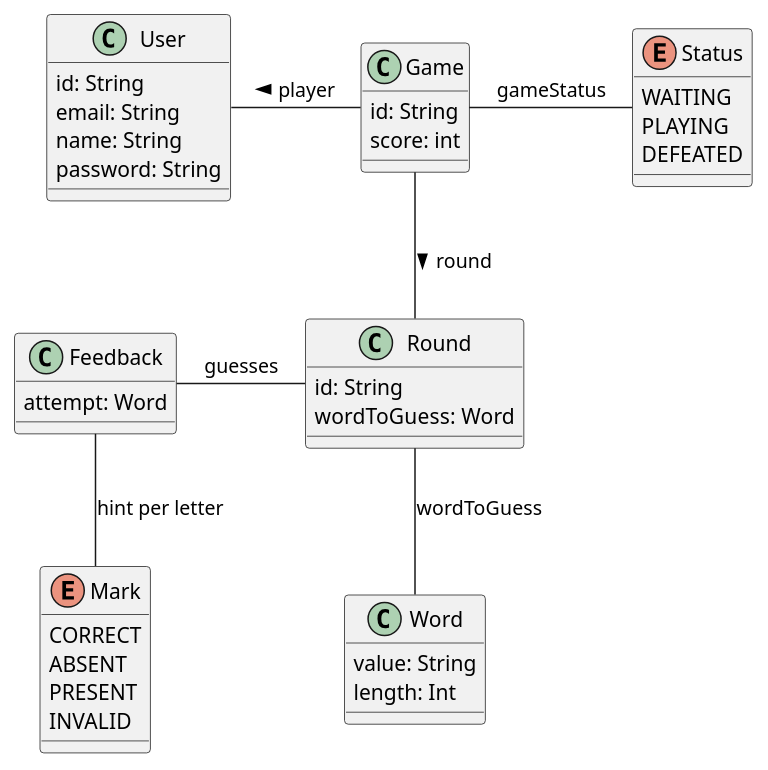
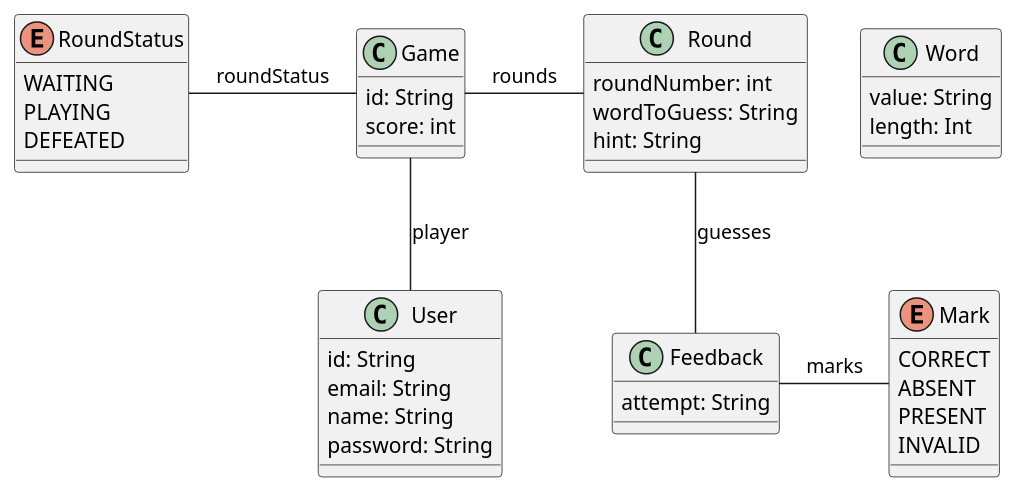
Before and after one commit to IR-Baboon/cisq1-lingo: the diagram in documentatie/domeinmodel.puml, drawn with PlantUML. The commit also changed 4 other files, not shown here.

```diff
--- a/documentatie/domeinmodel.puml
+++ b/documentatie/domeinmodel.puml
@@ -1,50 +1,50 @@
 @startuml
 
 Class Game{
     id: String
     score: int
 }
 
 Class Round{
-    id: String
-    wordToGuess: Word
+    roundNumber: int
+    wordToGuess: String
+    hint: String
 }
 
 Class Word{
     value: String
     length: Int
 }
 
 Class Feedback {
-    attempt: Word
+    attempt: String
 }
 
 Enum Mark{
     CORRECT
     ABSENT
     PRESENT
     INVALID
 }
 
-Enum Status{
+Enum RoundStatus{
     WAITING
     PLAYING
     DEFEATED
 }
 
 Class User{
     id: String
     email: String
     name: String
     password: String
 }
 
-Game -left- User : player >
-Game -right- Status : gameStatus
-Game -- Round : round >
-Round -- Word : wordToGuess
-Round -left- Feedback : guesses
-Feedback -down- Mark : hint per letter
+Game -down- User : player
+Game -left- RoundStatus : roundStatus
+Game -right- Round : rounds
+Round -down- Feedback : guesses
+Feedback -right- Mark : marks
 
 
 @enduml
```
